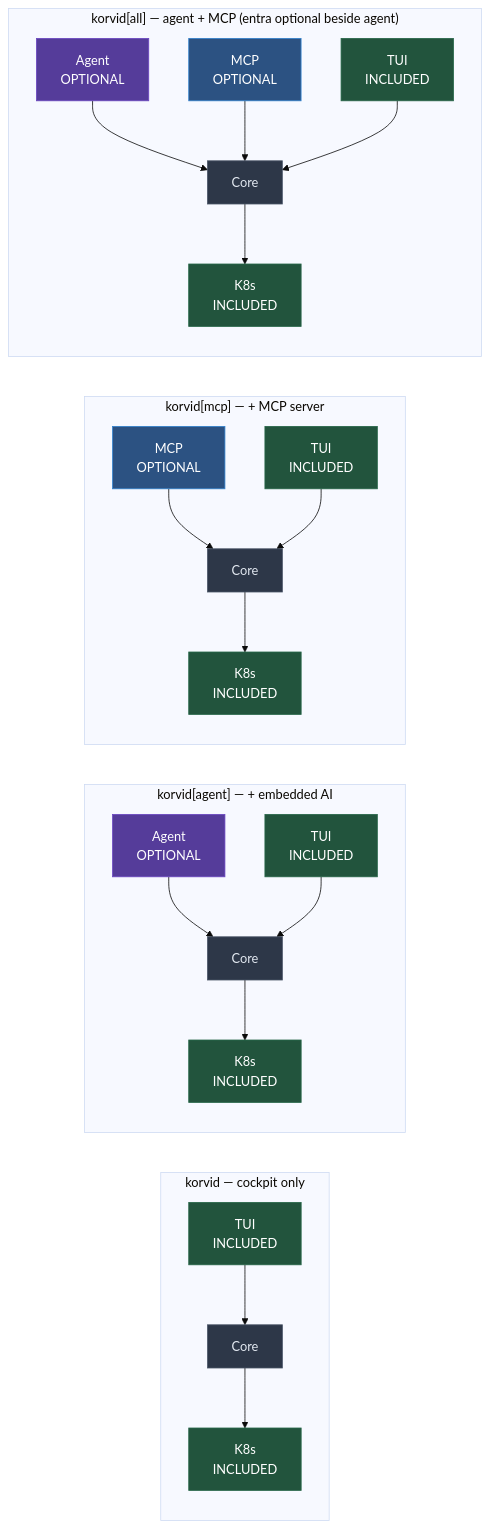
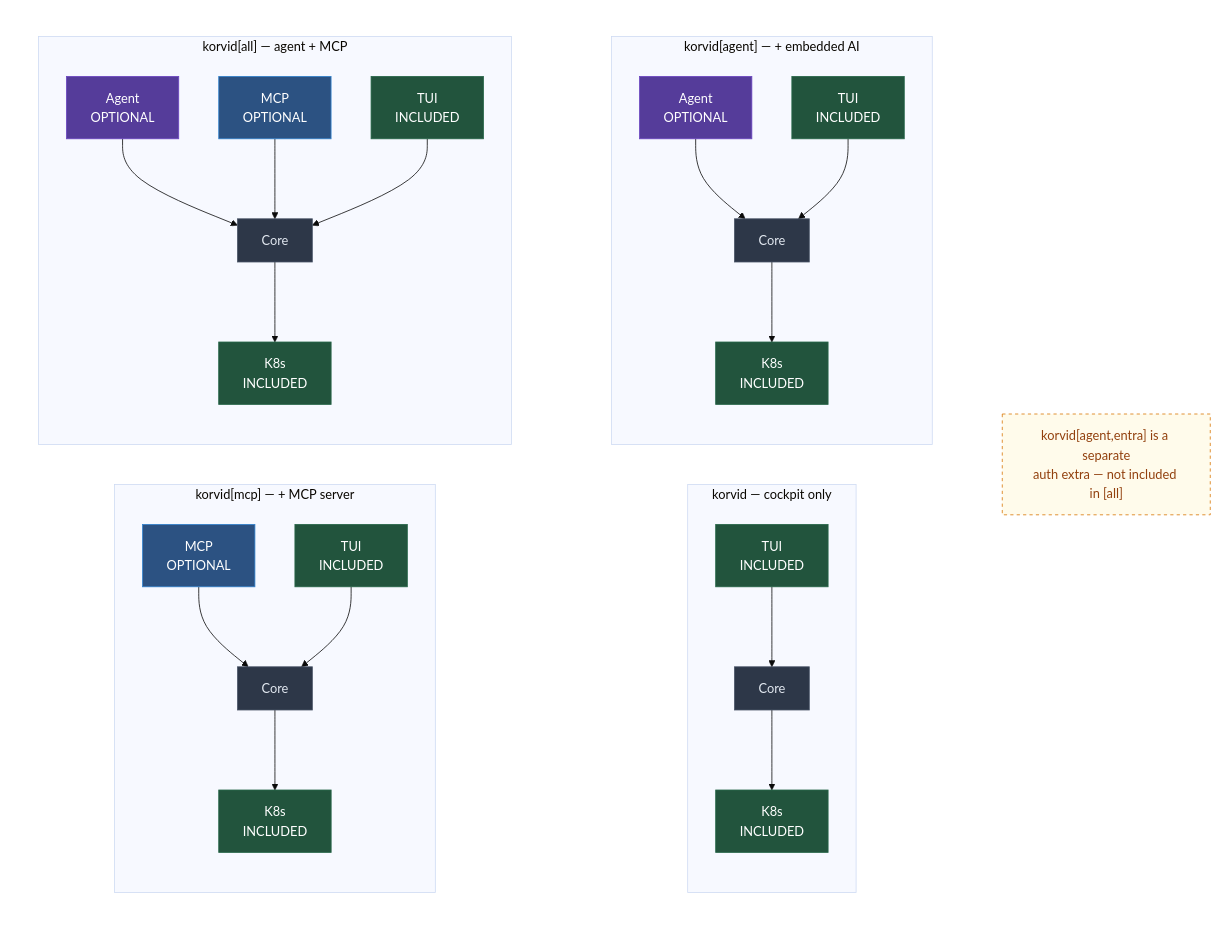
One commit to hellices/korvid changed the second of 2 diagrams in docs/overview.md. Above: the diagram before and after it, drawn with Mermaid (base theme). The commit also changed other lines of this file, not shown here.

Commit message:
docs: fix Task 1 review findings in overview.md
- Replace 'Three shapes' with count-free 'One core, independent adapters,
  one safety model' so the tagline doesn't date when compositions change
- Remove Entra from C4 subgraph title; add a standalone dashed amber note
  node outside all four compositions clarifying korvid[agent,entra] is a
  separate auth extra not included in [all]
- Restructure diagram 2 into a 2×2 grid (two ROW wrapper subgraphs with
  direction LR) so compositions are compact rather than a long vertical stack
- Replace Mermaid \n line breaks with <br/> in all node labels for
  GitHub rendering robustness

````diff
--- a/docs/overview.md
+++ b/docs/overview.md
@@ -149,62 +149,74 @@
 ```mermaid
-flowchart LR
-    subgraph C1["korvid  —  cockpit only"]
-        direction TB
-        C1T["TUI\nINCLUDED"]
-        C1R["Core"]
-        C1K["K8s\nINCLUDED"]
-        C1T --> C1R --> C1K
+flowchart TB
+    subgraph ROW1["  "]
+        direction LR
+        subgraph C1["korvid  —  cockpit only"]
+            direction TB
+            C1T["TUI<br/>INCLUDED"]
+            C1R["Core"]
+            C1K["K8s<br/>INCLUDED"]
+            C1T --> C1R --> C1K
+        end
+
+        subgraph C2["korvid[agent]  —  + embedded AI"]
+            direction TB
+            C2A["Agent<br/>OPTIONAL"]
+            C2T["TUI<br/>INCLUDED"]
+            C2R["Core"]
+            C2K["K8s<br/>INCLUDED"]
+            C2A --> C2R
+            C2T --> C2R --> C2K
+        end
     end
 
-    subgraph C2["korvid[agent]  —  + embedded AI"]
-        direction TB
-        C2A["Agent\nOPTIONAL"]
-        C2T["TUI\nINCLUDED"]
-        C2R["Core"]
-        C2K["K8s\nINCLUDED"]
-        C2A --> C2R
-        C2T --> C2R --> C2K
+    subgraph ROW2["  "]
+        direction LR
+        subgraph C3["korvid[mcp]  —  + MCP server"]
+            direction TB
+            C3M["MCP<br/>OPTIONAL"]
+            C3T["TUI<br/>INCLUDED"]
+            C3R["Core"]
+            C3K["K8s<br/>INCLUDED"]
+            C3M --> C3R
+            C3T --> C3R --> C3K
+        end
+
+        subgraph C4["korvid[all]  —  agent + MCP"]
+            direction TB
+            C4A["Agent<br/>OPTIONAL"]
+            C4M["MCP<br/>OPTIONAL"]
+            C4T["TUI<br/>INCLUDED"]
+            C4R["Core"]
+            C4K["K8s<br/>INCLUDED"]
+            C4A --> C4R
+            C4M --> C4R
+            C4T --> C4R --> C4K
+        end
     end
 
-    subgraph C3["korvid[mcp]  —  + MCP server"]
-        direction TB
-        C3M["MCP\nOPTIONAL"]
-        C3T["TUI\nINCLUDED"]
-        C3R["Core"]
-        C3K["K8s\nINCLUDED"]
-        C3M --> C3R
-        C3T --> C3R --> C3K
-    end
+    NOTE["korvid[agent,entra] is a separate<br/>auth extra — not included in [all]"]
 
-    subgraph C4["korvid[all]  —  agent + MCP  (entra optional beside agent)"]
-        direction TB
-        C4A["Agent\nOPTIONAL"]
-        C4M["MCP\nOPTIONAL"]
-        C4T["TUI\nINCLUDED"]
-        C4R["Core"]
-        C4K["K8s\nINCLUDED"]
-        C4A --> C4R
-        C4M --> C4R
-        C4T --> C4R --> C4K
-    end
+    style ROW1 fill:none,stroke:none
+    style ROW2 fill:none,stroke:none
+    style NOTE fill:#fffbeb,color:#92400e,stroke:#d97706,stroke-dasharray: 4 4
 
     style C1T fill:#22543d,color:#fff,stroke:#276749
     style C1R fill:#2d3748,color:#e2e8f0,stroke:#4a5568
     style C1K fill:#22543d,color:#fff,stroke:#276749
 
     style C2T fill:#22543d,color:#fff,stroke:#276749
     style C2A fill:#553c9a,color:#fff,stroke:#6b46c1
     style C2R fill:#2d3748,color:#e2e8f0,stroke:#4a5568
     style C2K fill:#22543d,color:#fff,stroke:#276749
 
     style C3T fill:#22543d,color:#fff,stroke:#276749
     style C3M fill:#2c5282,color:#fff,stroke:#3182ce
     style C3R fill:#2d3748,color:#e2e8f0,stroke:#4a5568
     style C3K fill:#22543d,color:#fff,stroke:#276749
 
     style C4T fill:#22543d,color:#fff,stroke:#276749
     style C4A fill:#553c9a,color:#fff,stroke:#6b46c1
     style C4M fill:#2c5282,color:#fff,stroke:#3182ce
     style C4R fill:#2d3748,color:#e2e8f0,stroke:#4a5568
     style C4K fill:#22543d,color:#fff,stroke:#276749
 ```
````
